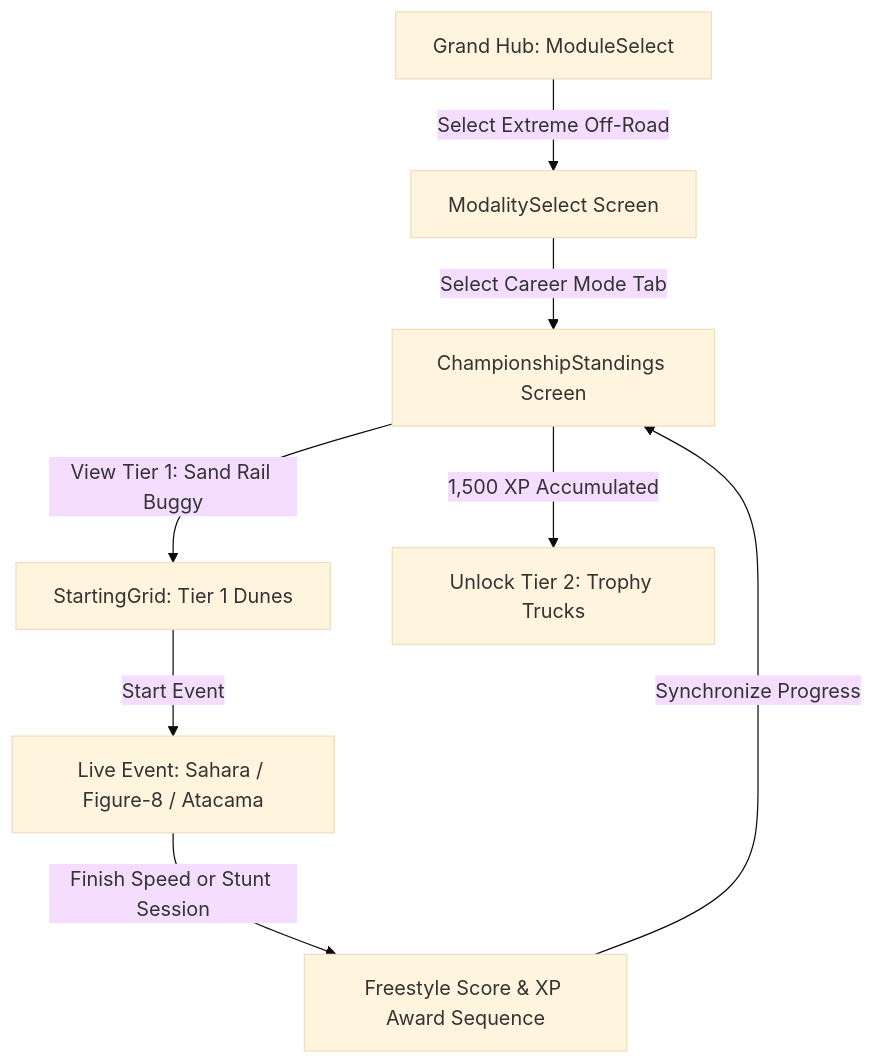
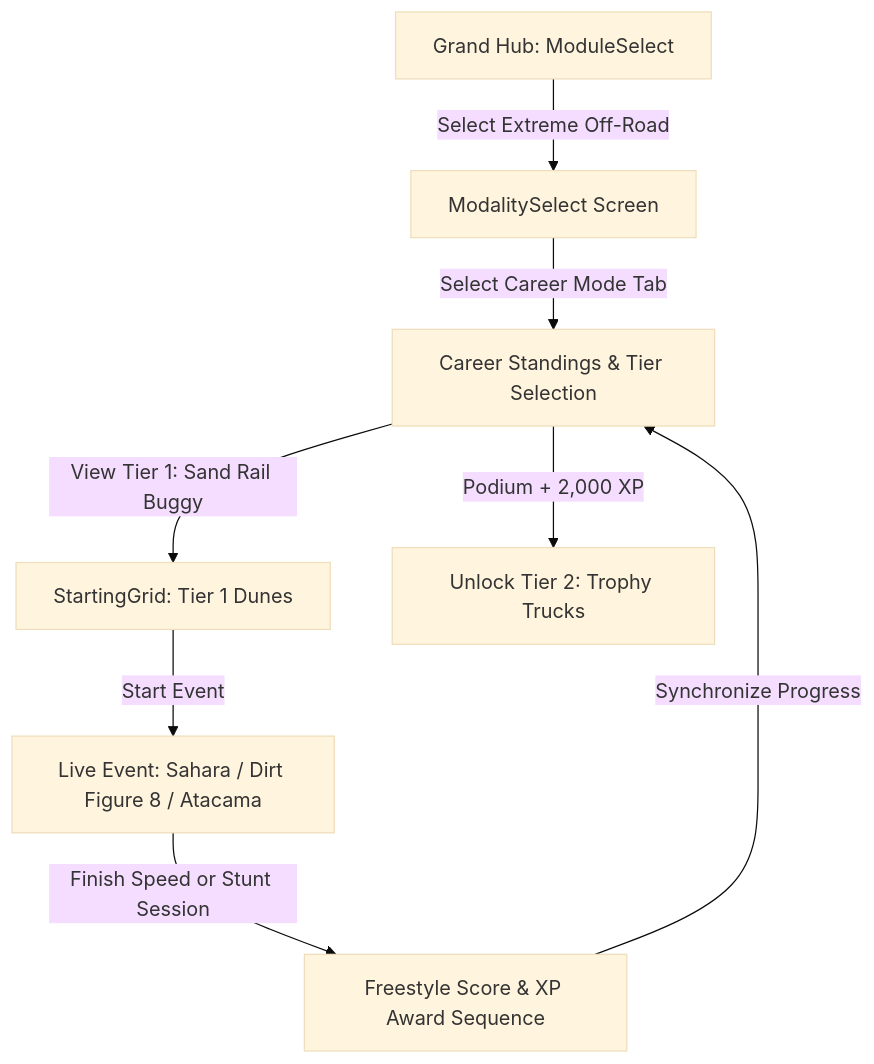
The diagram in specs/003_extreme_offroad_and_stunt_arenas_career_mode.md (magomar/tdrace), drawn with Mermaid (base theme) before and after one commit. The commit also changed other lines of this file and 3 other files, not shown here.

Commit message:
feat(nascar): preserve championship tier in start_nascar_career_tier

````diff
--- a/specs/003_extreme_offroad_and_stunt_arenas_career_mode.md
+++ b/specs/003_extreme_offroad_and_stunt_arenas_career_mode.md
@@ -21,10 +21,10 @@
 ```mermaid
 flowchart TD
     A[Grand Hub: ModuleSelect] -->|Select Extreme Off-Road| B[ModalitySelect Screen]
-    B -->|Select Career Mode Tab| C[ChampionshipStandings Screen]
+    B -->|Select Career Mode Tab| C[Career Standings & Tier Selection]
     C -->|View Tier 1: Sand Rail Buggy| D[StartingGrid: Tier 1 Dunes]
-    D -->|Start Event| E[Live Event: Sahara / Figure-8 / Atacama]
+    D -->|Start Event| E[Live Event: Sahara / Dirt Figure 8 / Atacama]
     E -->|Finish Speed or Stunt Session| F[Freestyle Score & XP Award Sequence]
     F -->|Synchronize Progress| C
-    C -->|1,500 XP Accumulated| G[Unlock Tier 2: Trophy Trucks]
+    C -->|Podium + 2,000 XP| G[Unlock Tier 2: Trophy Trucks]
 ```
````
